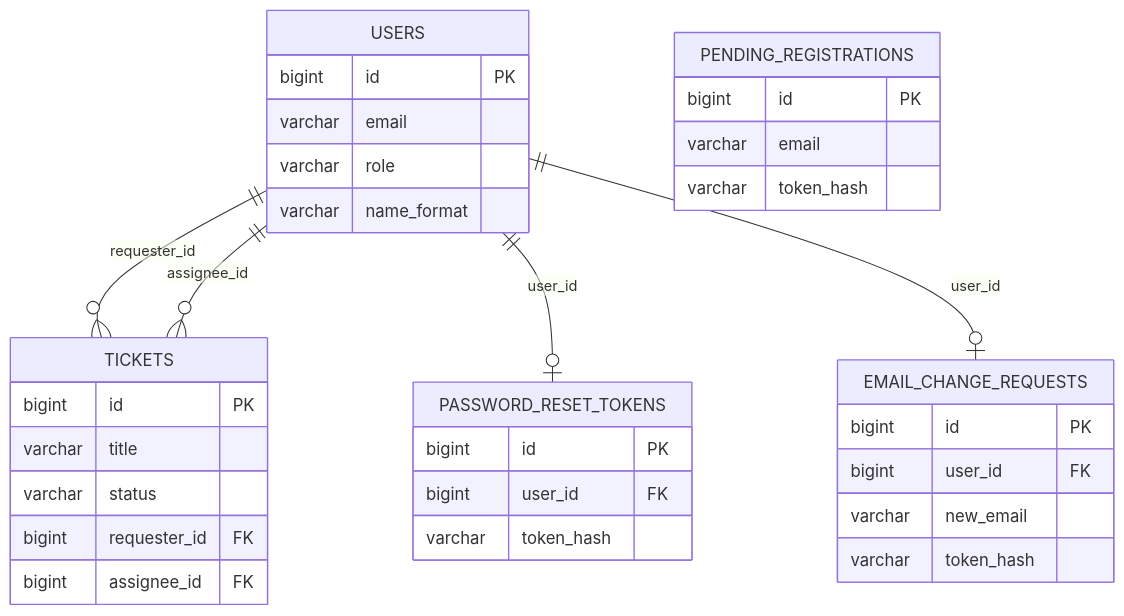
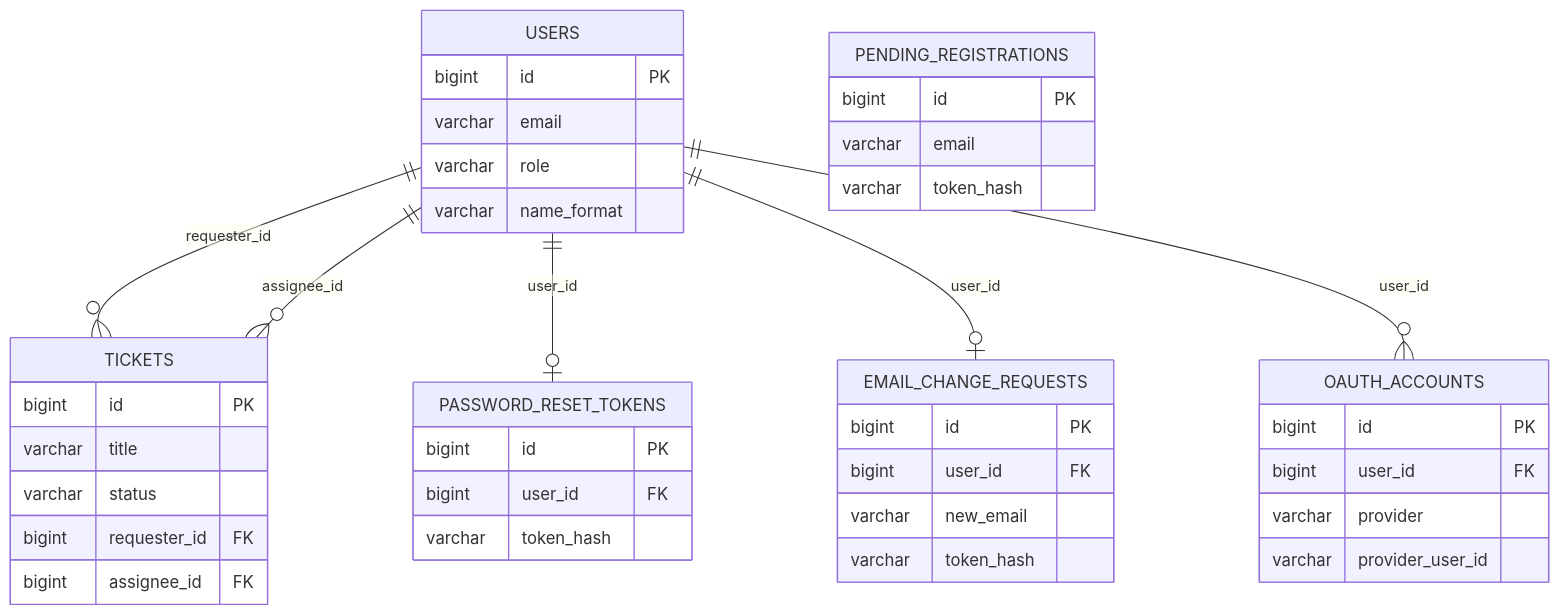
The sixth of 6 diagrams in README.md (tomys4529/chikecan), drawn with Mermaid before and after one commit. The commit also changed other lines of this file, not shown here.

````diff
--- a/README.md
+++ b/README.md
@@ -370,36 +415,43 @@
 ```mermaid
 erDiagram
     USERS ||--o{ TICKETS : "requester_id"
     USERS ||--o{ TICKETS : "assignee_id"
     USERS ||--o| PASSWORD_RESET_TOKENS : "user_id"
     USERS ||--o| EMAIL_CHANGE_REQUESTS : "user_id"
+    USERS ||--o{ OAUTH_ACCOUNTS : "user_id"
     USERS {
         bigint id PK
         varchar email
         varchar role
         varchar name_format
     }
     TICKETS {
         bigint id PK
         varchar title
         varchar status
         bigint requester_id FK
         bigint assignee_id FK
     }
     PENDING_REGISTRATIONS {
         bigint id PK
         varchar email
         varchar token_hash
     }
     PASSWORD_RESET_TOKENS {
         bigint id PK
         bigint user_id FK
         varchar token_hash
     }
     EMAIL_CHANGE_REQUESTS {
         bigint id PK
         bigint user_id FK
         varchar new_email
         varchar token_hash
     }
+    OAUTH_ACCOUNTS {
+        bigint id PK
+        bigint user_id FK
+        varchar provider
+        varchar provider_user_id
+    }
 ```
````
